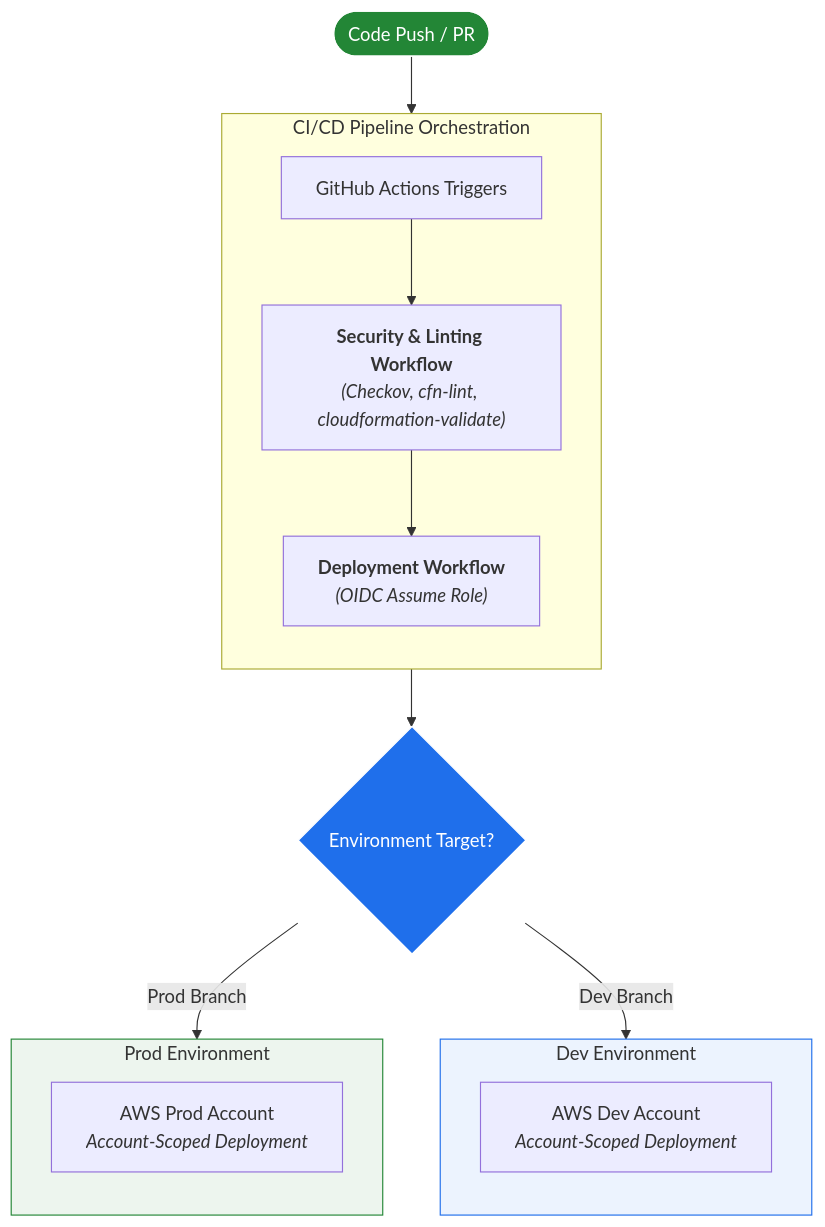
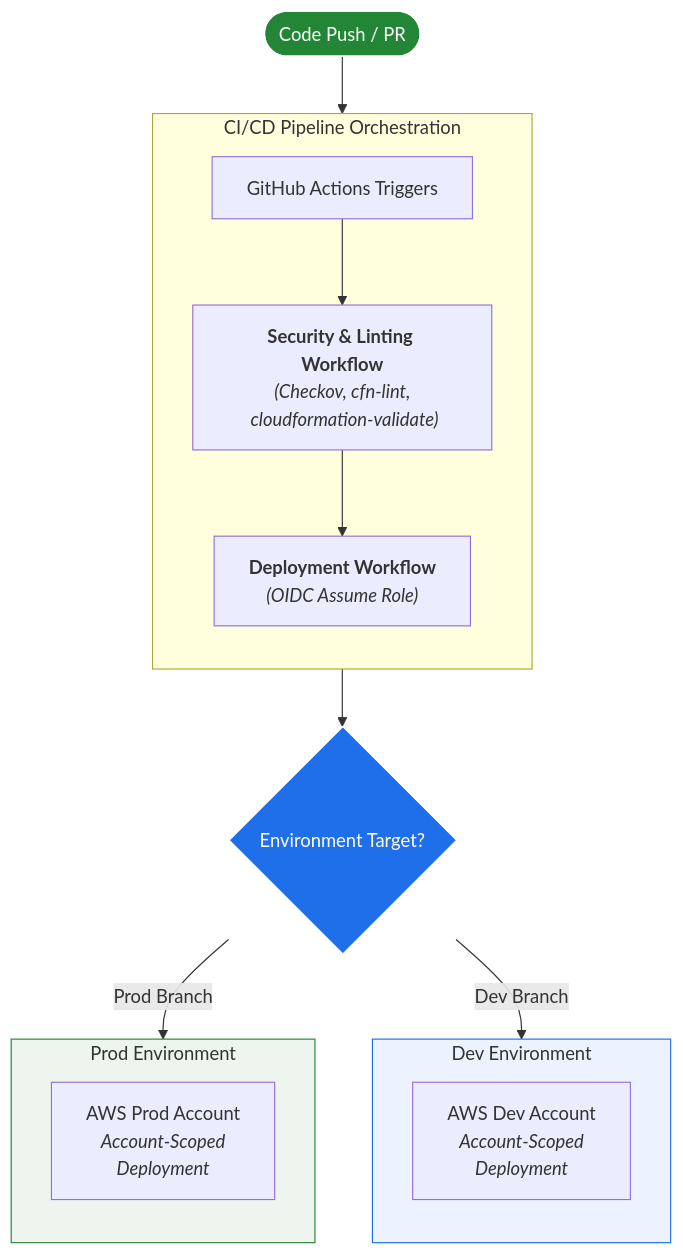
Before and after one commit to AdithyaBhatGS/aws-infrastructure-governance-assistant: the first of 2 diagrams in README.md, drawn with Mermaid.

Commit message:
docs: fix ci/cd flow diagram <br>

````diff
--- a/README.md
+++ b/README.md
@@ -72,34 +72,34 @@
 ```mermaid
 flowchart TD
     %% Trigger Phase
     Event([Code Push / PR]) --> Trigger[GitHub Actions Triggers]
 
     %% Main Orchestration
     subgraph Workflows ["CI/CD Pipeline Orchestration"]
         direction TB
-        Trigger --> SecWorkflow["<b>Security & Linting Workflow</b><br/><i>(Checkov, cfn-lint, cloudformation-validate)</i>"]
+        Trigger --> SecWorkflow["<b>Security & Linting Workflow</b><br/><i>(Checkov, cfn-lint,<br/> cloudformation-validate)</i>"]
         SecWorkflow --> DeployWorkflow["<b>Deployment Workflow</b><br/><i>(OIDC Assume Role)</i>"]
     end
 
     DeployWorkflow --> Target{Environment Target?}
 
     %% Target Environment Subgraphs
     subgraph DevEnv ["Dev Environment"]
         direction TB
-        DevAccount["AWS Dev Account<br/><i>Account-Scoped Deployment</i>"]
+        DevAccount["AWS Dev Account<br/><i>Account-Scoped<br/> Deployment</i>"]
     end
 
     subgraph ProdEnv ["Prod Environment"]
         direction TB
-        ProdAccount["AWS Prod Account<br/><i>Account-Scoped Deployment</i>"]
+        ProdAccount["AWS Prod Account<br/><i>Account-Scoped<br/> Deployment</i>"]
     end
 
     Target -->|Dev Branch| DevAccount
     Target -->|Prod Branch| ProdAccount
 
     %% Styling
     style Event fill:#238636,stroke:#fff,stroke-width:1px,color:#fff
     style Target fill:#1f6feb,stroke:#fff,stroke-width:1px,color:#fff
     style DevEnv fill:#1f6feb15,stroke:#1f6feb,stroke-width:1px
     style ProdEnv fill:#23863615,stroke:#238636,stroke-width:1px
 ```
````
